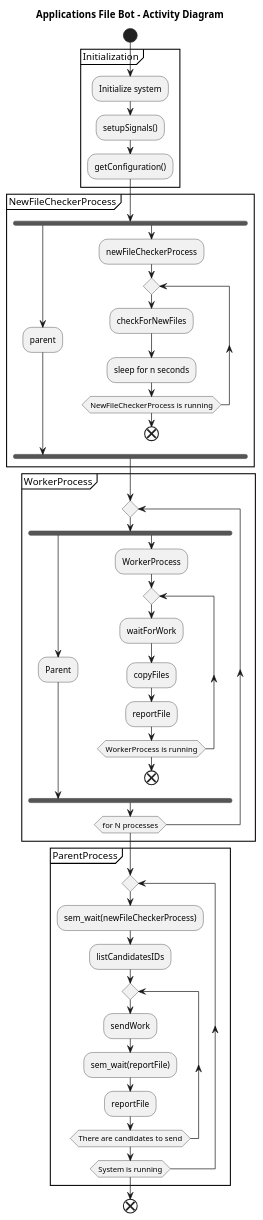
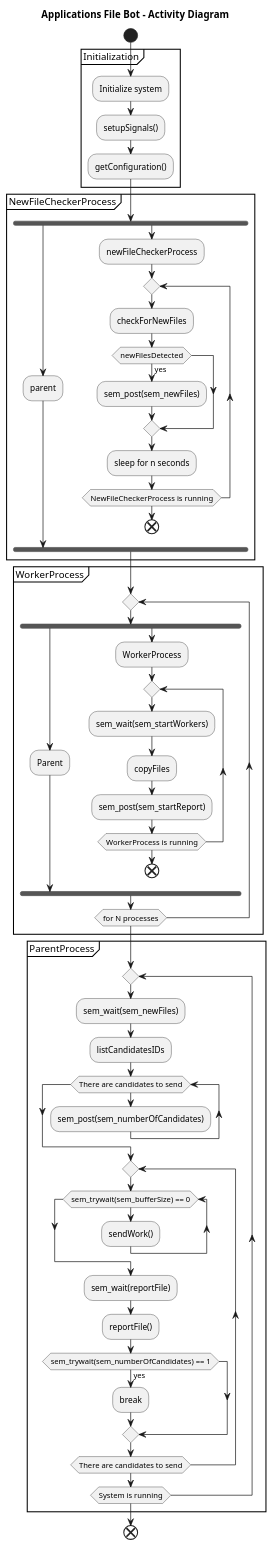
Before and after one commit to PureNimble/ISEP-LAPR4: the diagram in docs/sprintc/us_2001b/01.requirements-engineering/puml/activityDiagram.puml, drawn with PlantUML. The commit also changed 10 other files, not shown here.

```diff
--- a/docs/sprintc/us_2001b/01.requirements-engineering/puml/activityDiagram.puml
+++ b/docs/sprintc/us_2001b/01.requirements-engineering/puml/activityDiagram.puml
@@ -1,57 +1,68 @@
 @startuml
 
 title Applications File Bot - Activity Diagram
 
 start
 
 partition Initialization {
   :Initialize system;
   :setupSignals();
   :getConfiguration();
 
 }
 
 partition NewFileCheckerProcess {
   fork
     :parent;
   fork again
     :newFileCheckerProcess;
     repeat
       :checkForNewFiles;
+      if(newFilesDetected) then (yes)
+        :sem_post(sem_newFiles);
+      endif
       :sleep for n seconds;
     repeat while(NewFileCheckerProcess is running)
     end
   end fork
 }
 
 partition WorkerProcess {
   repeat
     fork
       :Parent;
     fork again
       :WorkerProcess;
       repeat
-        :waitForWork;
+        :sem_wait(sem_startWorkers);
         :copyFiles;
-        :reportFile;
+        :sem_post(sem_startReport);
       repeat while(WorkerProcess is running)
       end
     end fork
   repeat while(for N processes)
 }
 
 partition ParentProcess {
   repeat
-    :sem_wait(newFileCheckerProcess);
+    :sem_wait(sem_newFiles);
     :listCandidatesIDs;
+    while (There are candidates to send)
+    :sem_post(sem_numberOfCandidates);
+    endwhile
     repeat
-      :sendWork;
+      while(sem_trywait(sem_bufferSize) == 0)
+      :sendWork();
+      endwhile
       :sem_wait(reportFile);
-      :reportFile;
+      :reportFile();
+      if(sem_trywait(sem_numberOfCandidates) == 1) then (yes)
+        :break;
+      endif
     repeat while(There are candidates to send)
   repeat while(System is running)
 }
 
 end
 
 @enduml
```
